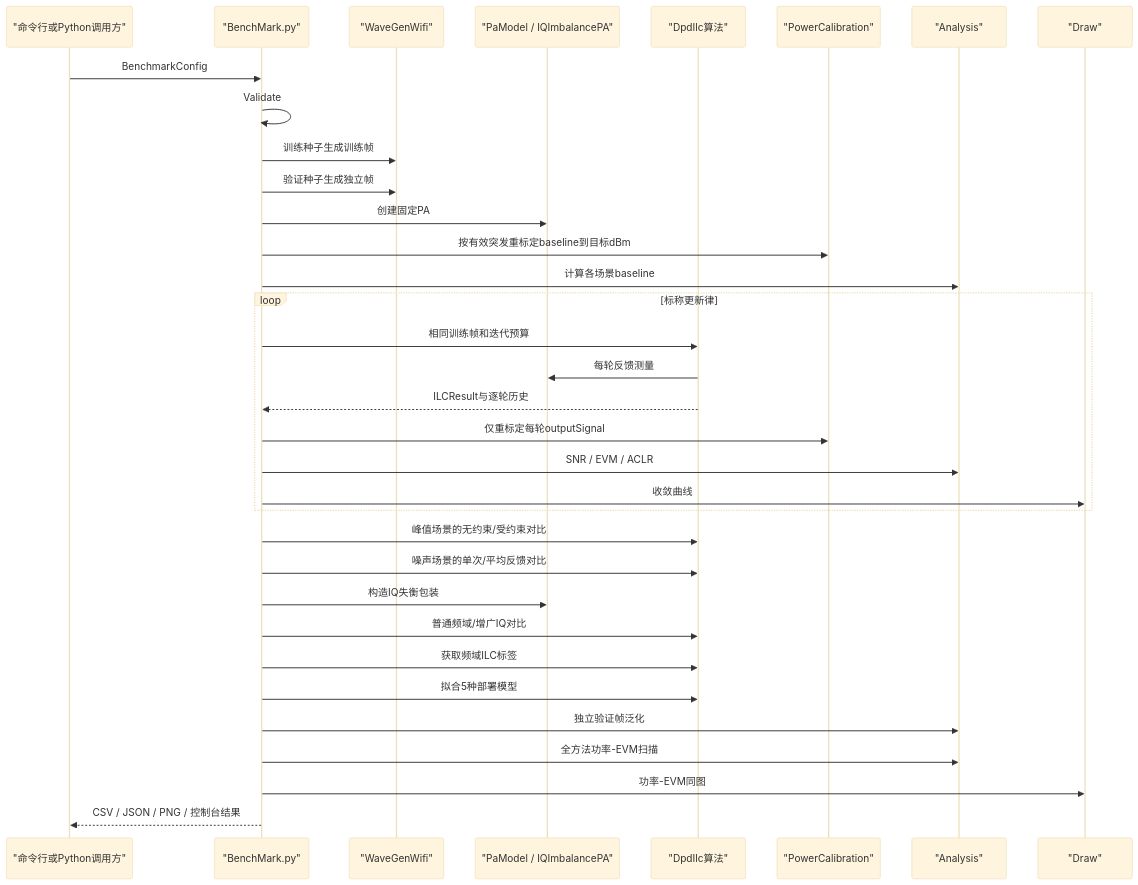
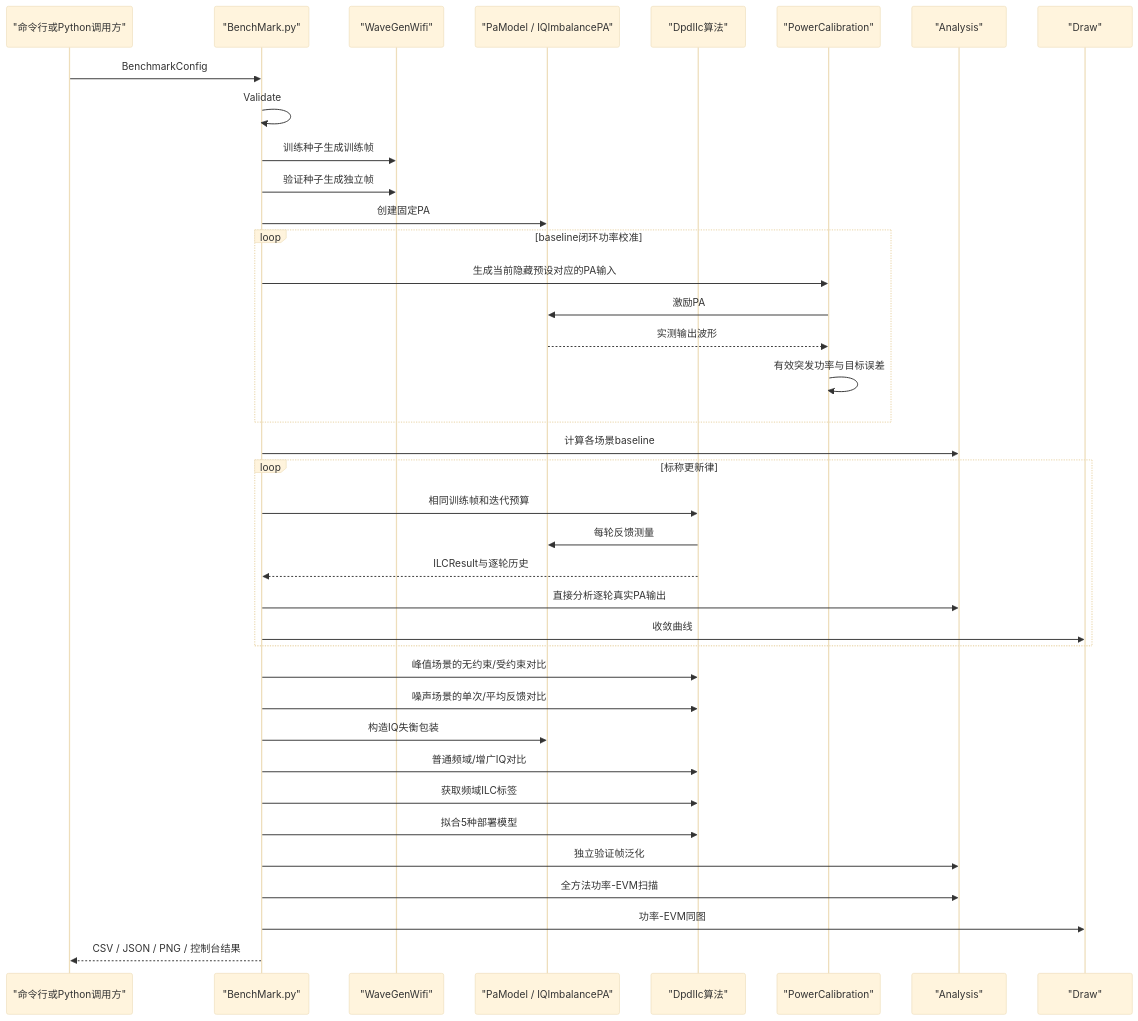
One commit to niyilu45/DPD_ILC changed the second of 5 diagrams in doc/BenchMark.md. Above: the diagram before and after it, drawn with Mermaid (base theme). The commit also changed other lines of this file and 14 other files, not shown here.

````diff
--- a/doc/BenchMark.md
+++ b/doc/BenchMark.md
@@ -544,39 +544,43 @@
 ```mermaid
 sequenceDiagram
     participant User as "命令行或Python调用方"
     participant BM as "BenchMark.py"
     participant WG as "WaveGenWifi"
     participant PA as "PaModel / IQImbalancePA"
     participant ILC as "DpdIlc算法"
     participant PC as "PowerCalibration"
     participant AN as "Analysis"
     participant DR as "Draw"
 
     User->>BM: BenchmarkConfig
     BM->>BM: Validate
     BM->>WG: 训练种子生成训练帧
     BM->>WG: 验证种子生成独立帧
     BM->>PA: 创建固定PA
-    BM->>PC: 按有效突发重标定baseline到目标dBm
+    loop baseline闭环功率校准
+        BM->>PC: 生成当前隐藏预设对应的PA输入
+        PC->>PA: 激励PA
+        PA-->>PC: 实测输出波形
+        PC->>PC: 有效突发功率与目标误差
+    end
     BM->>AN: 计算各场景baseline
 
     loop 标称更新律
         BM->>ILC: 相同训练帧和迭代预算
         ILC->>PA: 每轮反馈测量
         ILC-->>BM: ILCResult与逐轮历史
-        BM->>PC: 仅重标定每轮outputSignal
-        BM->>AN: SNR / EVM / ACLR
+        BM->>AN: 直接分析逐轮真实PA输出
         BM->>DR: 收敛曲线
     end
 
     BM->>ILC: 峰值场景的无约束/受约束对比
     BM->>ILC: 噪声场景的单次/平均反馈对比
     BM->>PA: 构造IQ失衡包装
     BM->>ILC: 普通频域/增广IQ对比
     BM->>ILC: 获取频域ILC标签
     BM->>ILC: 拟合5种部署模型
     BM->>AN: 独立验证帧泛化
     BM->>AN: 全方法功率-EVM扫描
     BM->>DR: 功率-EVM同图
     BM-->>User: CSV / JSON / PNG / 控制台结果
 ```
````
